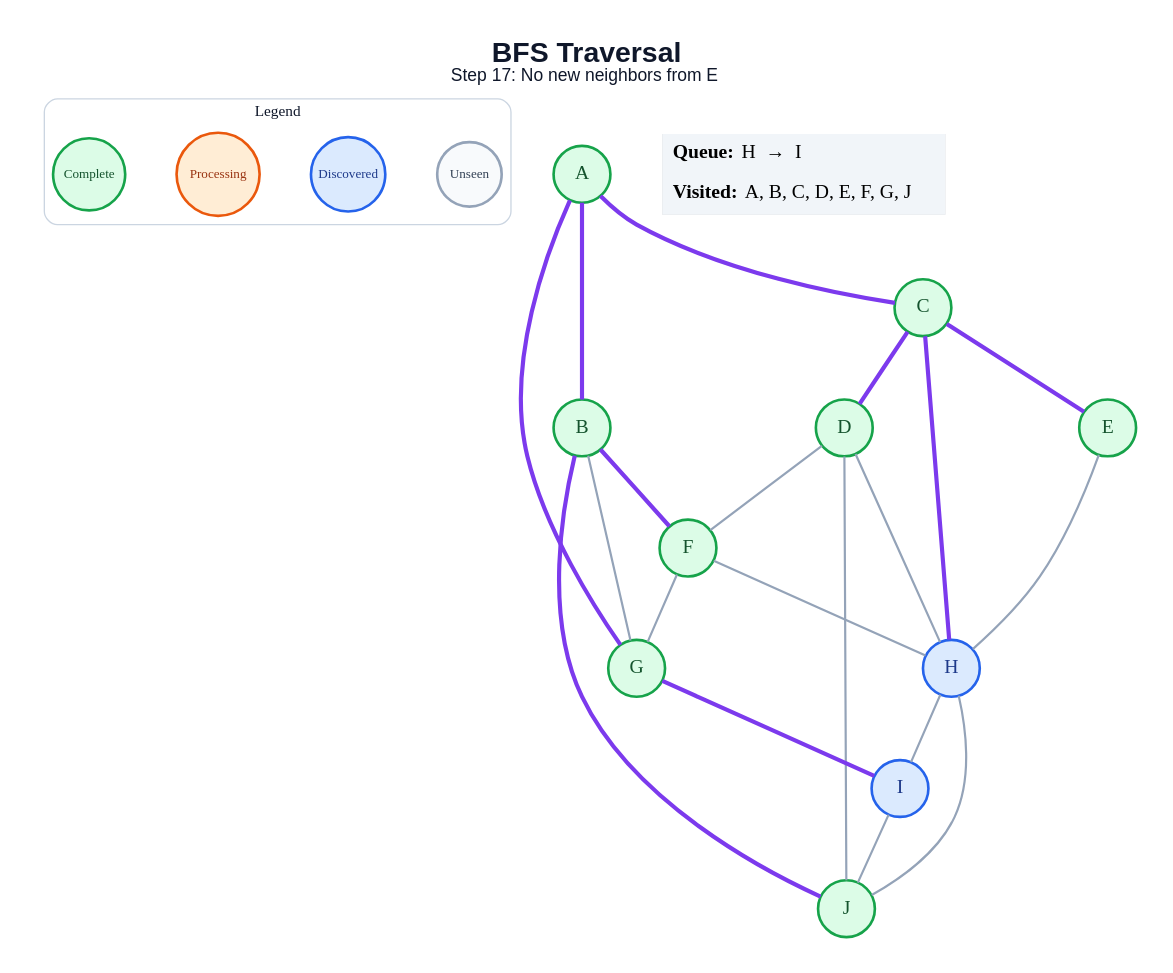
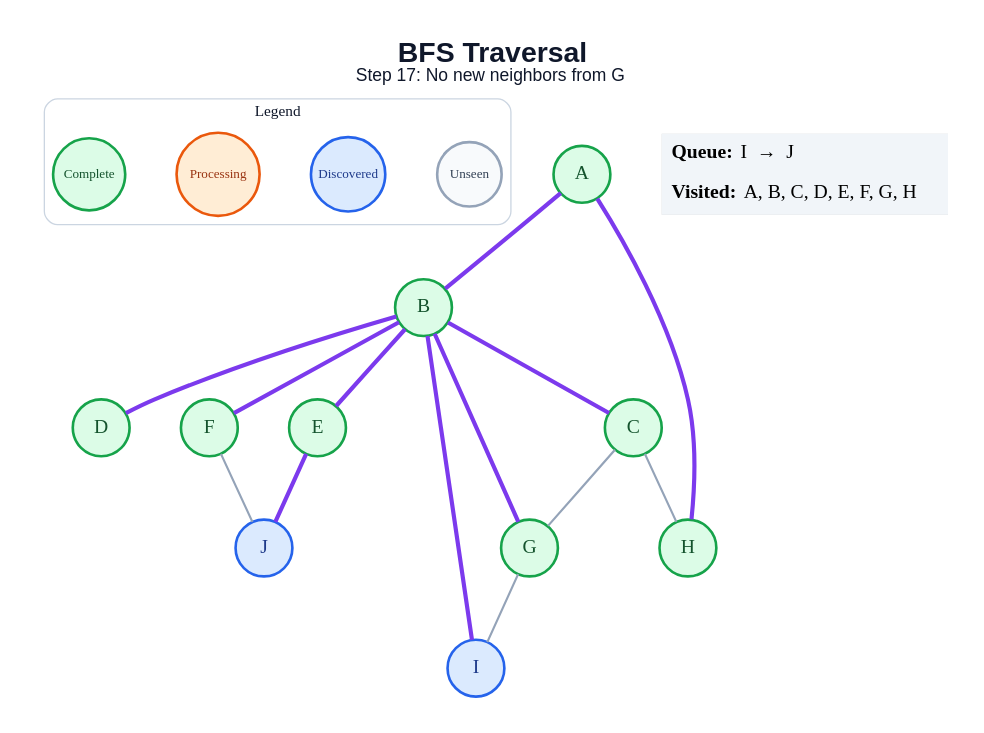
One commit to amanghodawala9/ai-slop changed the diagram in generated/bfs/step_17.dot. Above: the diagram before and after it, drawn with Graphviz. The commit also changed 178 other files, not shown here.

```diff
--- a/generated/bfs/step_17.dot
+++ b/generated/bfs/step_17.dot
@@ -1,48 +1,42 @@
 graph traversal {
   graph [layout=dot, rankdir=TB, bgcolor="#FFFFFF", pad="0.35", nodesep="0.65", ranksep="0.8", fontname="Arial"];
   node [shape=circle, style="filled", fontname="Arial Bold", fontsize=18, width=0.72, fixedsize=true, penwidth=2.4];
   edge [color="#94A3B8", penwidth=2.0];
-  label=<<B>BFS Traversal</B><BR/><FONT POINT-SIZE="16">Step 17: No new neighbors from E</FONT>>; labelloc="t"; fontsize=26; fontname="Arial"; fontcolor="#0F172A";
+  label=<<B>BFS Traversal</B><BR/><FONT POINT-SIZE="16">Step 17: No new neighbors from G</FONT>>; labelloc="t"; fontsize=26; fontname="Arial"; fontcolor="#0F172A";
   subgraph cluster_legend { label="Legend"; color="#CBD5E1"; penwidth=1.2; style="rounded"; fontsize=14; fontname="Arial Bold";
     key_unseen [label="Unseen", fillcolor="#F8FAFC", color="#94A3B8", fontcolor="#334155", fontsize=12, width=0.82];
     key_frontier [label="Discovered", fillcolor="#DBEAFE", color="#2563EB", fontcolor="#1E3A8A", fontsize=12, width=0.95];
     key_current [label="Processing", fillcolor="#FFEDD5", color="#EA580C", fontcolor="#9A3412", fontsize=12, width=1.05];
     key_done [label="Complete", fillcolor="#DCFCE7", color="#16A34A", fontcolor="#14532D", fontsize=12, width=0.92];
     { rank=same; key_unseen; key_frontier; key_current; key_done; }
   }
   A [fillcolor="#DCFCE7", color="#16A34A", fontcolor="#14532D"];
   B [fillcolor="#DCFCE7", color="#16A34A", fontcolor="#14532D"];
   C [fillcolor="#DCFCE7", color="#16A34A", fontcolor="#14532D"];
   D [fillcolor="#DCFCE7", color="#16A34A", fontcolor="#14532D"];
   E [fillcolor="#DCFCE7", color="#16A34A", fontcolor="#14532D"];
   F [fillcolor="#DCFCE7", color="#16A34A", fontcolor="#14532D"];
   G [fillcolor="#DCFCE7", color="#16A34A", fontcolor="#14532D"];
-  H [fillcolor="#DBEAFE", color="#2563EB", fontcolor="#1E3A8A"];
+  H [fillcolor="#DCFCE7", color="#16A34A", fontcolor="#14532D"];
   I [fillcolor="#DBEAFE", color="#2563EB", fontcolor="#1E3A8A"];
-  J [fillcolor="#DCFCE7", color="#16A34A", fontcolor="#14532D"];
+  J [fillcolor="#DBEAFE", color="#2563EB", fontcolor="#1E3A8A"];
   A -- B [color="#7C3AED", penwidth=3.8];
-  A -- C [color="#7C3AED", penwidth=3.8];
-  A -- G [color="#7C3AED", penwidth=3.8];
+  A -- H [color="#7C3AED", penwidth=3.8];
+  B -- C [color="#7C3AED", penwidth=3.8];
+  B -- D [color="#7C3AED", penwidth=3.8];
+  B -- E [color="#7C3AED", penwidth=3.8];
   B -- F [color="#7C3AED", penwidth=3.8];
-  B -- G;
-  B -- J [color="#7C3AED", penwidth=3.8];
-  C -- D [color="#7C3AED", penwidth=3.8];
-  C -- E [color="#7C3AED", penwidth=3.8];
-  C -- H [color="#7C3AED", penwidth=3.8];
-  D -- F;
-  D -- H;
-  D -- J;
-  E -- H;
-  F -- G;
-  F -- H;
-  G -- I [color="#7C3AED", penwidth=3.8];
-  H -- I;
-  H -- J;
-  I -- J;
+  B -- G [color="#7C3AED", penwidth=3.8];
+  B -- I [color="#7C3AED", penwidth=3.8];
+  C -- G;
+  C -- H;
+  E -- J [color="#7C3AED", penwidth=3.8];
+  F -- J;
+  G -- I;
   status [shape=plain, fixedsize=false, width=0, height=0, margin=0, label=<
     <TABLE BORDER="0" CELLBORDER="0" CELLPADDING="7" BGCOLOR="#F1F5F9">
-      <TR><TD ALIGN="LEFT"><B>Queue:</B> H  →  I</TD></TR>
-      <TR><TD ALIGN="LEFT"><B>Visited:</B> A, B, C, D, E, F, G, J</TD></TR>
+      <TR><TD ALIGN="LEFT"><B>Queue:</B> I  →  J</TD></TR>
+      <TR><TD ALIGN="LEFT"><B>Visited:</B> A, B, C, D, E, F, G, H</TD></TR>
     </TABLE>
   >];
 }
```
